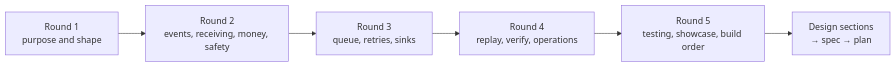
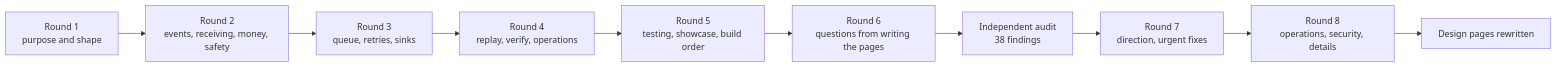
Before and after one commit to lalitkarthik/webhook-sync: the diagram in docs/design/grilling-log.md, drawn with Mermaid. The commit also changed other lines of this file and 23 other files, not shown here.

First line of the commit message:
Design: revise after the audit (grilling rounds 7-9)

````diff
--- a/docs/design/grilling-log.md
+++ b/docs/design/grilling-log.md
@@ -9,8 +9,12 @@
 ```mermaid
 flowchart LR
   R1["Round 1<br/>purpose and shape"] --> R2["Round 2<br/>events, receiving, money, safety"]
   R2 --> R3["Round 3<br/>queue, retries, sinks"]
   R3 --> R4["Round 4<br/>replay, verify, operations"]
   R4 --> R5["Round 5<br/>testing, showcase, build order"]
-  R5 --> D["Design sections<br/>→ spec → plan"]
+  R5 --> R6["Round 6<br/>questions from writing the pages"]
+  R6 --> AU["Independent audit<br/>38 findings"]
+  AU --> R7["Round 7<br/>direction, urgent fixes"]
+  R7 --> R8["Round 8<br/>operations, security, details"]
+  R8 --> D["Design pages rewritten"]
 ```
````
